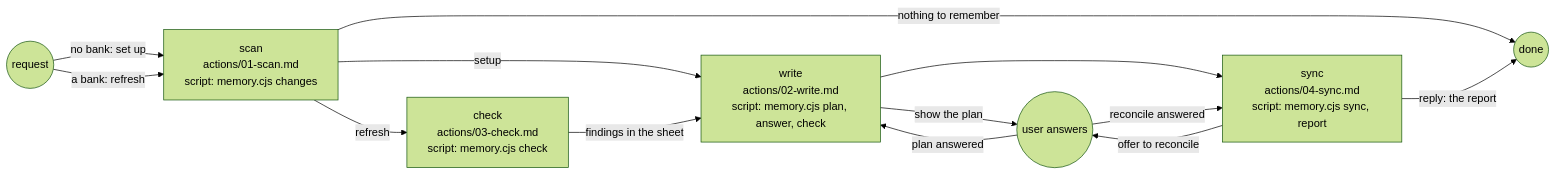
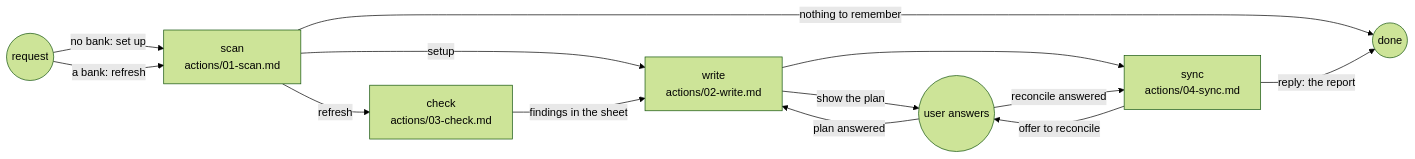
Before and after one commit to ai-driven-dev/framework: the diagram in plugins/aidd-context/skills/02-project-memory/SKILL.md, drawn with Mermaid (forest theme). The commit also changed other lines of this file and 11 other files, not shown here.

````diff
--- a/plugins/aidd-context/skills/02-project-memory/SKILL.md
+++ b/plugins/aidd-context/skills/02-project-memory/SKILL.md
@@ -11,15 +11,15 @@
 ```mermaid
 flowchart LR
-  request((request)) -->|"no bank: set up"| scan["scan<br>actions/01-scan.md<br>script: memory.cjs changes"]
+  request((request)) -->|"no bank: set up"| scan["scan<br>actions/01-scan.md"]
   request -->|"a bank: refresh"| scan
-  scan -->|"setup"| write["write<br>actions/02-write.md<br>script: memory.cjs plan, answer, check"]
-  scan -->|"refresh"| check["check<br>actions/03-check.md<br>script: memory.cjs check"]
+  scan -->|"setup"| write["write<br>actions/02-write.md"]
+  scan -->|"refresh"| check["check<br>actions/03-check.md"]
   scan -->|"nothing to remember"| done((done))
   check -->|"findings in the sheet"| write
   write -->|"show the plan"| user((user answers))
   user -->|"plan answered"| write
   write --> sync
-  sync["sync<br>actions/04-sync.md<br>script: memory.cjs sync, report"] -->|"offer to reconcile"| user
+  sync["sync<br>actions/04-sync.md"] -->|"offer to reconcile"| user
   user -->|"reconcile answered"| sync
   sync -->|"reply: the report"| done
 ```
````
